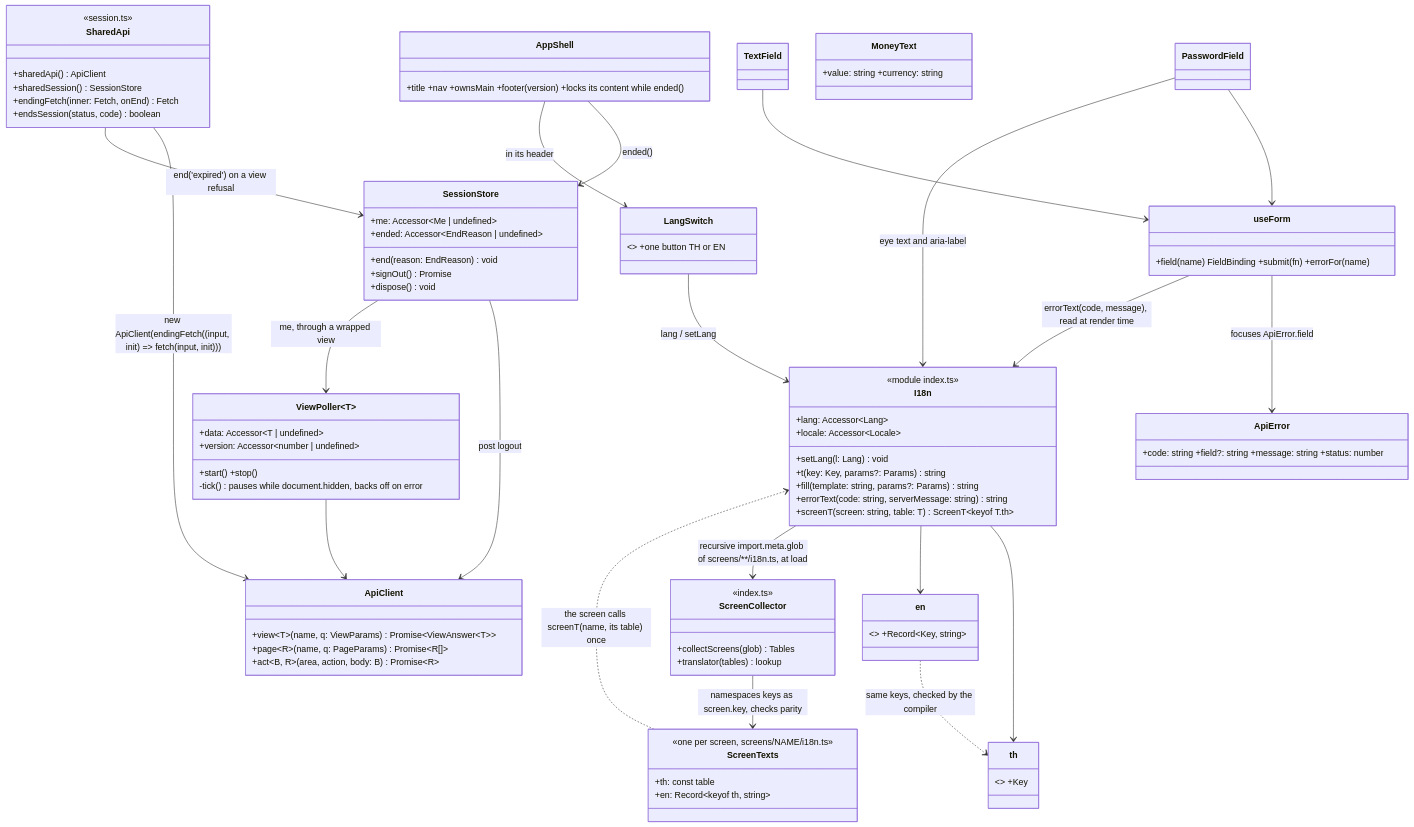
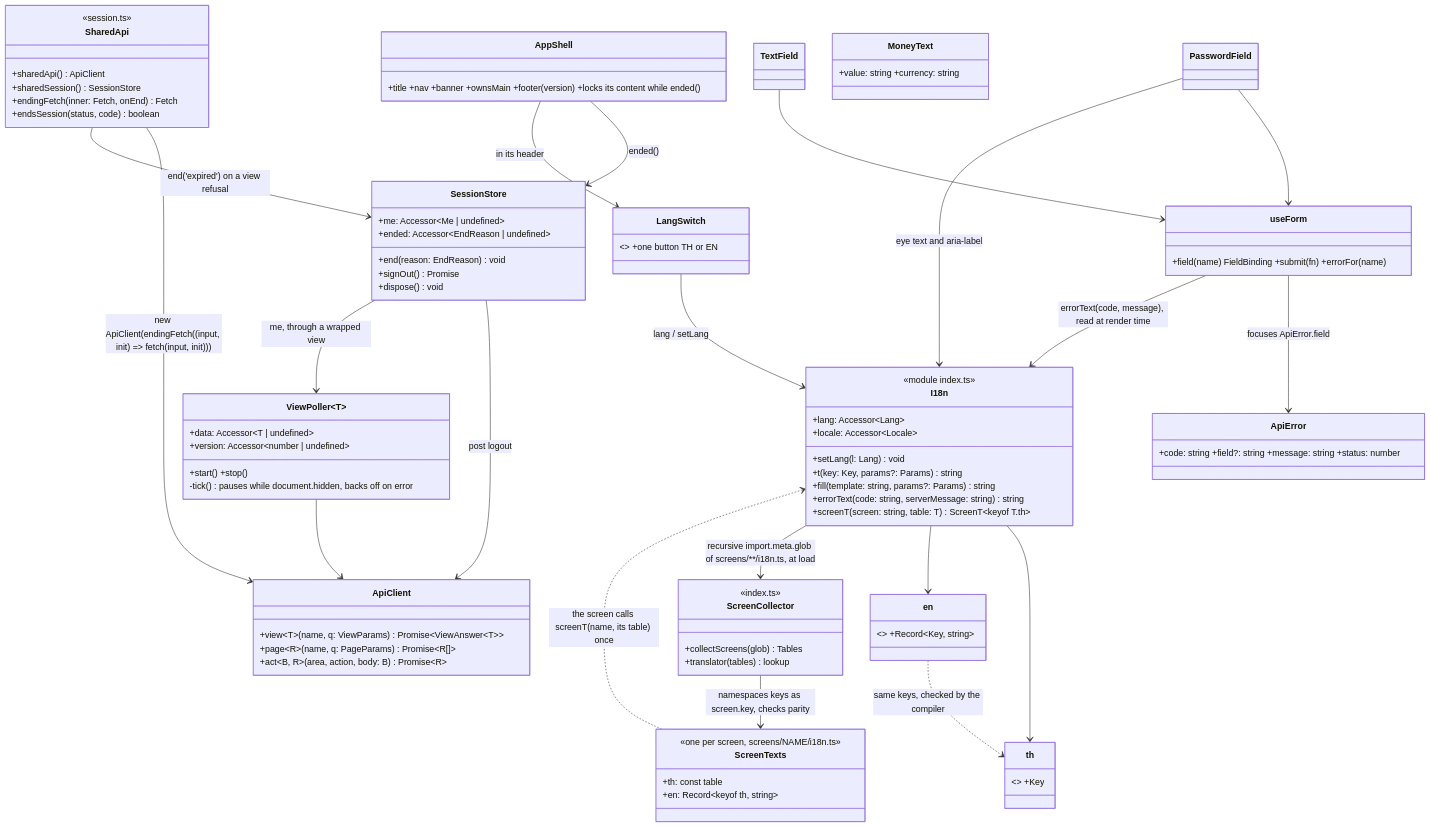
One commit to yuthstyle88/xchange-dev changed the second of 9 diagrams in docs/design/xchange-v3-web.md. Above: the diagram before and after it, drawn with Mermaid. The commit also changed 4 other files, not shown here.

Commit message:
fix(web): shell header and simulator banner match v2 (#844) (#865)

````diff
--- a/docs/design/xchange-v3-web.md
+++ b/docs/design/xchange-v3-web.md
@@ -314,77 +314,77 @@
 ```mermaid
 classDiagram
   class ApiClient {
     +view~T~(name, q: ViewParams) Promise~ViewAnswer~T~~
     +page~R~(name, q: PageParams) Promise~R[]~
     +act~B, R~(area, action, body: B) Promise~R~
   }
   class ApiError { +code: string +field?: string +message: string +status: number }
   class ViewPoller~T~ {
     +start() +stop()
     +data: Accessor~T | undefined~
     +version: Accessor~number | undefined~
     -tick() pauses while document.hidden, backs off on error
   }
   class SessionStore {
     +me: Accessor~Me | undefined~
     +ended: Accessor~EndReason | undefined~
     +end(reason: EndReason) void
     +signOut() Promise
     +dispose() void
   }
   class SharedApi {
     <<session.ts>>
     +sharedApi() ApiClient
     +sharedSession() SessionStore
     +endingFetch(inner: Fetch, onEnd) Fetch
     +endsSession(status, code) boolean
   }
   class useForm { +field(name) FieldBinding +submit(fn) +errorFor(name) }
   class PasswordField
   class TextField
   class MoneyText { +value: string +currency: string }
-  class AppShell { +title +nav +ownsMain +footer(version) +locks its content while ended() }
+  class AppShell { +title +nav +banner +ownsMain +footer(version) +locks its content while ended() }
   class I18n {
     <<module index.ts>>
     +lang: Accessor~Lang~
     +setLang(l: Lang) void
     +locale: Accessor~Locale~
     +t(key: Key, params?: Params) string
     +fill(template: string, params?: Params) string
     +errorText(code: string, serverMessage: string) string
     +screenT(screen: string, table: T) ScreenT~keyof T.th~
   }
   class th { <<th.ts as const>> +Key }
   class en { <<en.ts>> +Record~Key, string~ }
   class ScreenTexts {
     <<one per screen, screens/NAME/i18n.ts>>
     +th: const table
     +en: Record~keyof th, string~
   }
   class ScreenCollector {
     <<index.ts>>
     +collectScreens(glob) Tables
     +translator(tables) lookup
   }
   class LangSwitch { <<LangSwitch.tsx>> +one button TH or EN }
 
   ViewPoller --> ApiClient
   SessionStore --> ApiClient : post logout
   SessionStore --> ViewPoller : me, through a wrapped view
   SharedApi --> ApiClient : new ApiClient(endingFetch((input, init) => fetch(input, init)))
   SharedApi --> SessionStore : end('expired') on a view refusal
   AppShell --> SessionStore : ended()
   useForm --> ApiError : focuses ApiError.field
   useForm --> I18n : errorText(code, message), read at render time
   PasswordField --> useForm
   PasswordField --> I18n : eye text and aria-label
   TextField --> useForm
   AppShell --> LangSwitch : in its header
   LangSwitch --> I18n : lang / setLang
   I18n --> th
   I18n --> en
   en ..> th : same keys, checked by the compiler
   I18n --> ScreenCollector : recursive import.meta.glob of screens/**/i18n.ts, at load
   ScreenCollector --> ScreenTexts : namespaces keys as screen.key, checks parity
   ScreenTexts ..> I18n : the screen calls screenT(name, its table) once
 ```
````
